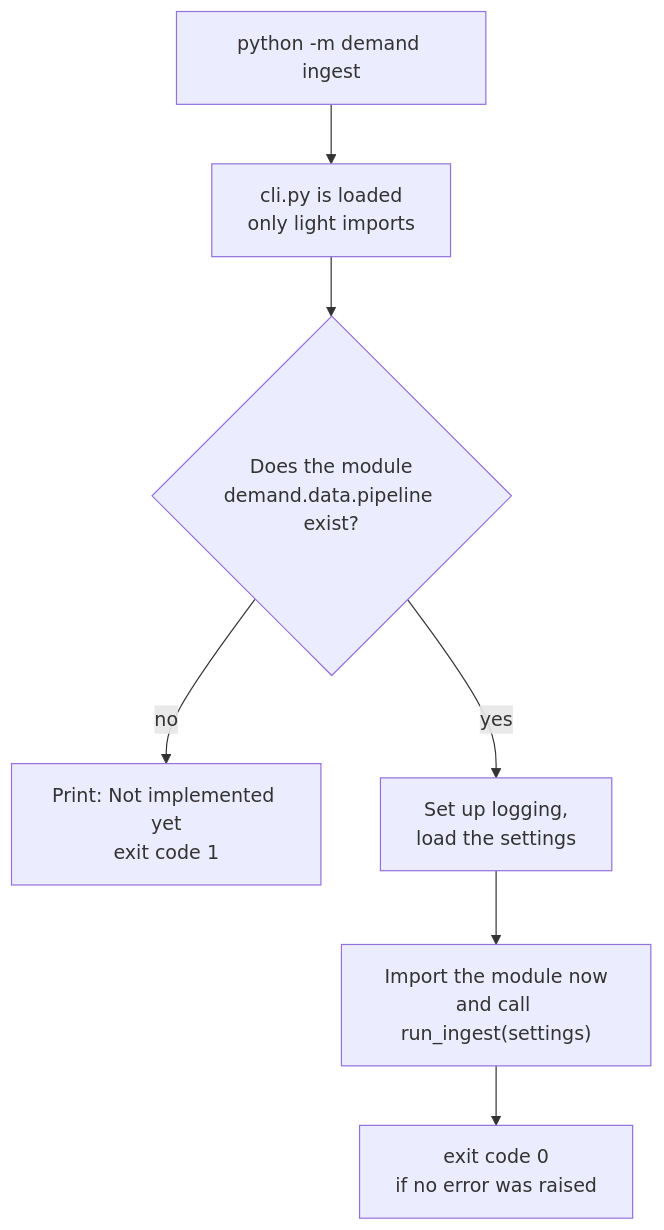
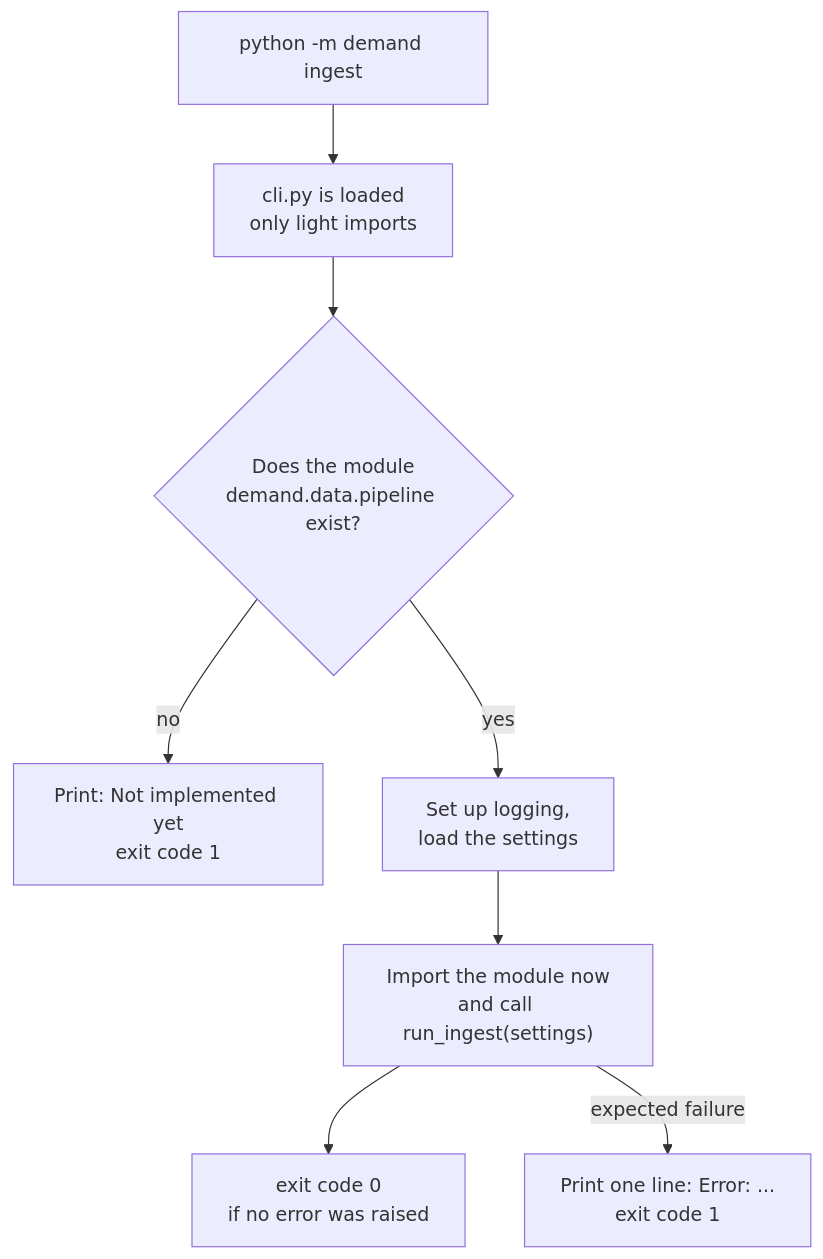
One commit to hazimmm/nyc-taxi-demand-mlops changed the diagram in docs/learning/09-command-line-and-logging.md. Above: the diagram before and after it, drawn with Mermaid. The commit also changed other lines of this file and 41 other files, not shown here.

````diff
--- a/docs/learning/09-command-line-and-logging.md
+++ b/docs/learning/09-command-line-and-logging.md
@@ -90,9 +96,10 @@
 ```mermaid
 flowchart TB
     A["python -m demand ingest"] --> B["cli.py is loaded<br/>only light imports"]
     B --> C{"Does the module<br/>demand.data.pipeline exist?"}
     C -->|"no"| D["Print: Not implemented yet<br/>exit code 1"]
     C -->|"yes"| E["Set up logging,<br/>load the settings"]
     E --> F["Import the module now<br/>and call run_ingest(settings)"]
     F --> G["exit code 0<br/>if no error was raised"]
+    F -->|"expected failure"| H["Print one line: Error: ...<br/>exit code 1"]
 ```
````
